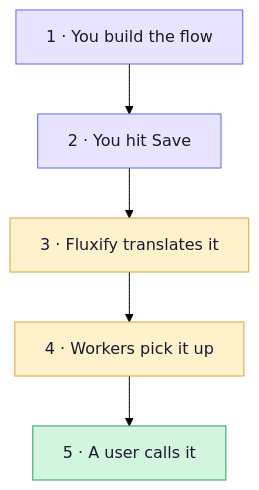
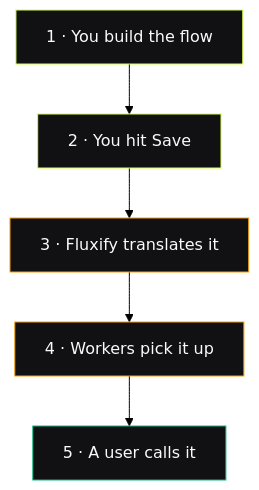
One commit to 07prajwal2000/Fluxify changed the first of 6 diagrams in docs/architecture/request-lifecycle.md. Above: the diagram before and after it, drawn with Mermaid (forest theme). The commit also changed other lines of this file and 44 other files, not shown here.

````diff
--- a/docs/architecture/request-lifecycle.md
+++ b/docs/architecture/request-lifecycle.md
@@ -11,13 +11,13 @@
 ```mermaid
 flowchart TD
     A["1 · You build the flow"] --> B["2 · You hit Save"]
     B --> C["3 · Fluxify translates it"]
     C --> D["4 · Workers pick it up"]
     D --> E["5 · A user calls it"]
 
-    style A fill:#e8e3ff,stroke:#5f67ee,color:#1a1a2e
-    style B fill:#e8e3ff,stroke:#5f67ee,color:#1a1a2e
-    style C fill:#fff2cc,stroke:#d9a441,color:#1a1a2e
-    style D fill:#fff2cc,stroke:#d9a441,color:#1a1a2e
-    style E fill:#d4f5dd,stroke:#2b9d5b,color:#1a1a2e
+    style A fill:#111113,stroke:#D2FF4D,color:#FAFAFA
+    style B fill:#111113,stroke:#D2FF4D,color:#FAFAFA
+    style C fill:#111113,stroke:#F59E0B,color:#FAFAFA
+    style D fill:#111113,stroke:#F59E0B,color:#FAFAFA
+    style E fill:#111113,stroke:#10B981,color:#FAFAFA
 ```
````
